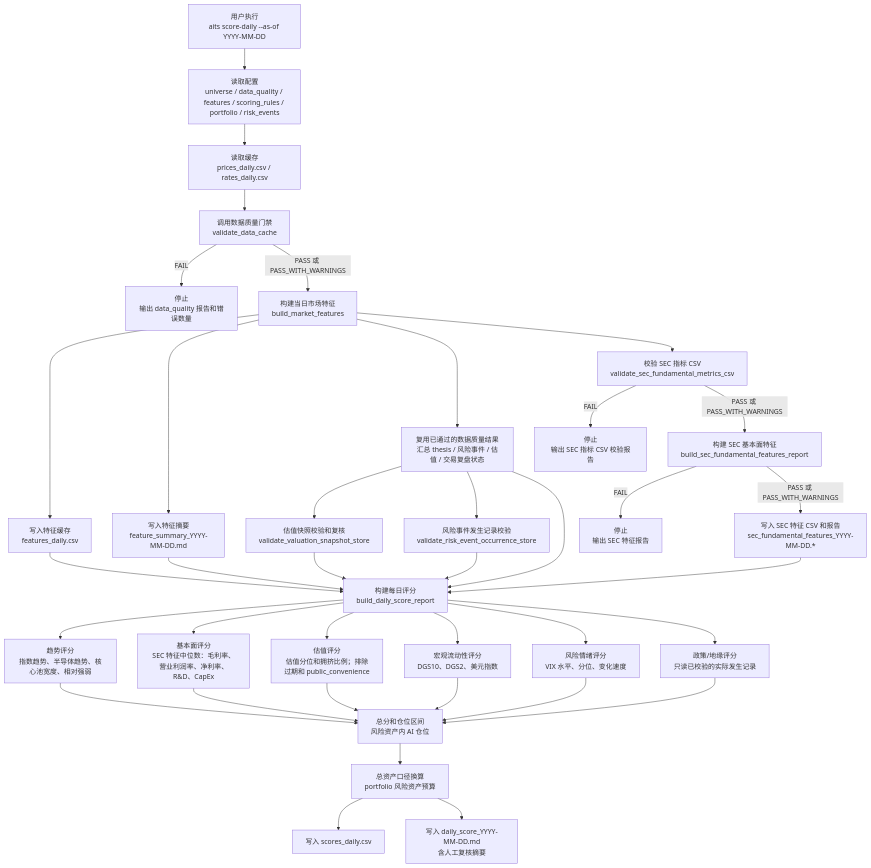
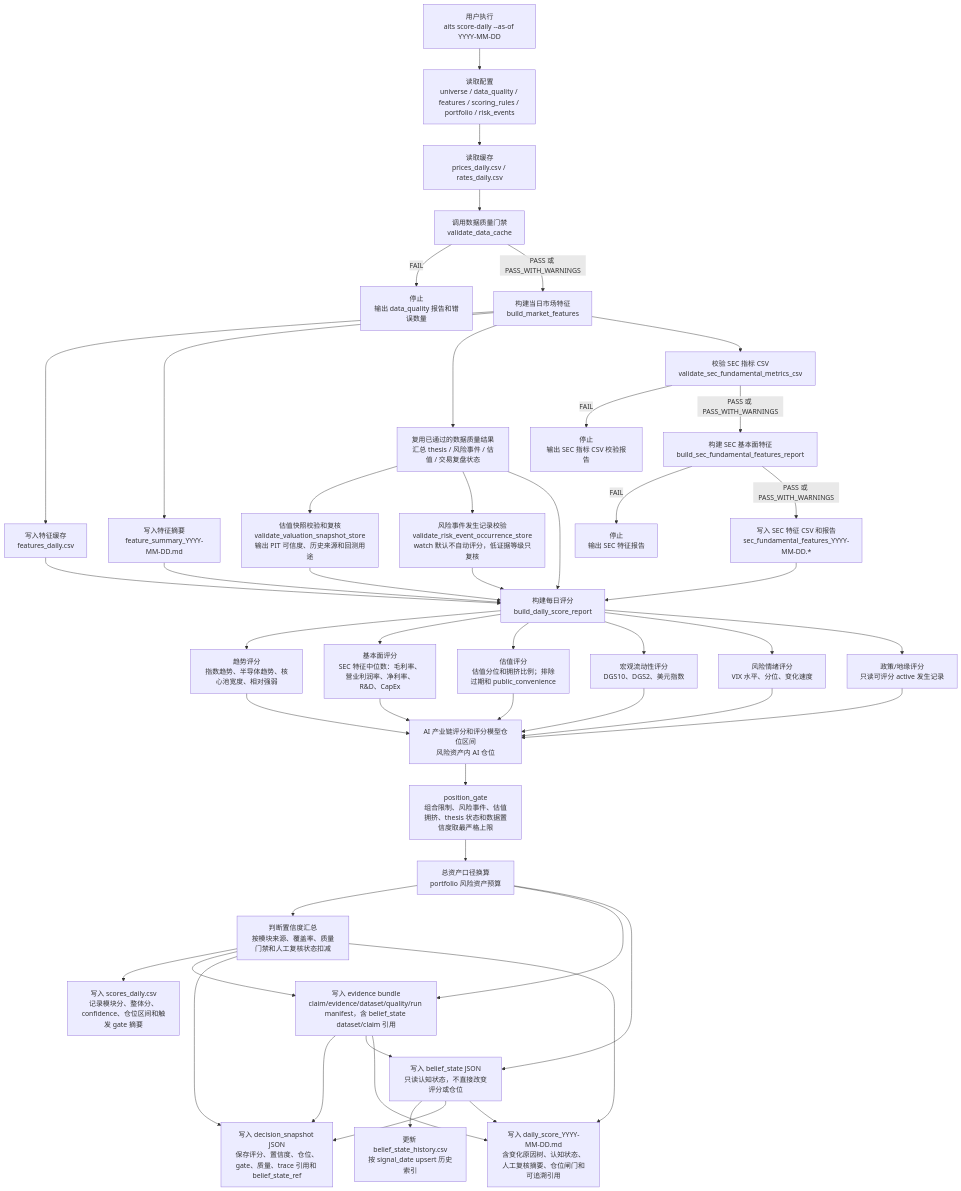
One commit to AI-Trading-Collaboration/AITradingSystem changed the second of 6 diagrams in docs/system_flow.md. Above: the diagram before and after it, drawn with Mermaid. The commit also changed other lines of this file and 61 other files, not shown here.

````diff
--- a/docs/system_flow.md
+++ b/docs/system_flow.md
@@ -258,39 +399,51 @@
 ```mermaid
 flowchart TD
     A["用户执行<br/>aits score-daily --as-of YYYY-MM-DD"] --> B["读取配置<br/>universe / data_quality / features / scoring_rules / portfolio / risk_events"]
     B --> C["读取缓存<br/>prices_daily.csv / rates_daily.csv"]
     C --> D["调用数据质量门禁<br/>validate_data_cache"]
     D -->|FAIL| E["停止<br/>输出 data_quality 报告和错误数量"]
     D -->|PASS 或 PASS_WITH_WARNINGS| F["构建当日市场特征<br/>build_market_features"]
     F --> G["写入特征缓存<br/>features_daily.csv"]
     F --> H["写入特征摘要<br/>feature_summary_YYYY-MM-DD.md"]
     F --> R["复用已通过的数据质量结果<br/>汇总 thesis / 风险事件 / 估值 / 交易复盘状态"]
-    R --> V1["估值快照校验和复核<br/>validate_valuation_snapshot_store"]
-    R --> G1["风险事件发生记录校验<br/>validate_risk_event_occurrence_store"]
+    R --> V1["估值快照校验和复核<br/>validate_valuation_snapshot_store<br/>输出 PIT 可信度、历史来源和回测用途"]
+    R --> G1["风险事件发生记录校验<br/>validate_risk_event_occurrence_store<br/>watch 默认不自动评分，低证据等级只复核"]
     F --> S1["校验 SEC 指标 CSV<br/>validate_sec_fundamental_metrics_csv"]
     S1 -->|FAIL| S2["停止<br/>输出 SEC 指标 CSV 校验报告"]
     S1 -->|PASS 或 PASS_WITH_WARNINGS| S3["构建 SEC 基本面特征<br/>build_sec_fundamental_features_report"]
     S3 -->|FAIL| S4["停止<br/>输出 SEC 特征报告"]
     S3 -->|PASS 或 PASS_WITH_WARNINGS| S5["写入 SEC 特征 CSV 和报告<br/>sec_fundamental_features_YYYY-MM-DD.*"]
     G --> I["构建每日评分<br/>build_daily_score_report"]
     H --> I
     R --> I
     V1 --> I
     G1 --> I
     S5 --> I
     I --> J["趋势评分<br/>指数趋势、半导体趋势、核心池宽度、相对强弱"]
     I --> F1["基本面评分<br/>SEC 特征中位数：毛利率、营业利润率、净利率、R&D、CapEx"]
     I --> V2["估值评分<br/>估值分位和拥挤比例；排除过期和 public_convenience"]
     I --> K["宏观流动性评分<br/>DGS10、DGS2、美元指数"]
     I --> L["风险情绪评分<br/>VIX 水平、分位、变化速度"]
-    I --> M["政策/地缘评分<br/>只读已校验的实际发生记录"]
-    J --> N["总分和仓位区间<br/>风险资产内 AI 仓位"]
+    I --> M["政策/地缘评分<br/>只读可评分 active 发生记录"]
+    J --> N["AI 产业链评分和评分模型仓位区间<br/>风险资产内 AI 仓位"]
     F1 --> N
     V2 --> N
     K --> N
     L --> N
     M --> N
-    N --> O["总资产口径换算<br/>portfolio 风险资产预算"]
-    O --> P["写入 scores_daily.csv"]
-    O --> Q["写入 daily_score_YYYY-MM-DD.md<br/>含人工复核摘要"]
+    N --> G2["position_gate<br/>组合限制、风险事件、估值拥挤、thesis 状态和数据置信度取最严格上限"]
+    G2 --> O["总资产口径换算<br/>portfolio 风险资产预算"]
+    O --> C1["判断置信度汇总<br/>按模块来源、覆盖率、质量门禁和人工复核状态扣减"]
+    C1 --> P["写入 scores_daily.csv<br/>记录模块分、整体分、confidence、仓位区间和触发 gate 摘要"]
+    O --> T["写入 evidence bundle<br/>claim/evidence/dataset/quality/run manifest，含 belief_state dataset/claim 引用"]
+    C1 --> T
+    T --> D0["写入 decision_snapshot JSON<br/>保存评分、置信度、仓位、gate、质量、trace 引用和 belief_state_ref"]
+    C1 --> D0
+    O --> BS["写入 belief_state JSON<br/>只读认知状态，不直接改变评分或仓位"]
+    T --> BS
+    BS --> BH["更新 belief_state_history.csv<br/>按 signal_date upsert 历史索引"]
+    BS --> D0
+    T --> Q["写入 daily_score_YYYY-MM-DD.md<br/>含变化原因树、认知状态、人工复核摘要、仓位闸门和可追溯引用"]
+    C1 --> Q
+    BS --> Q
 ```
````
